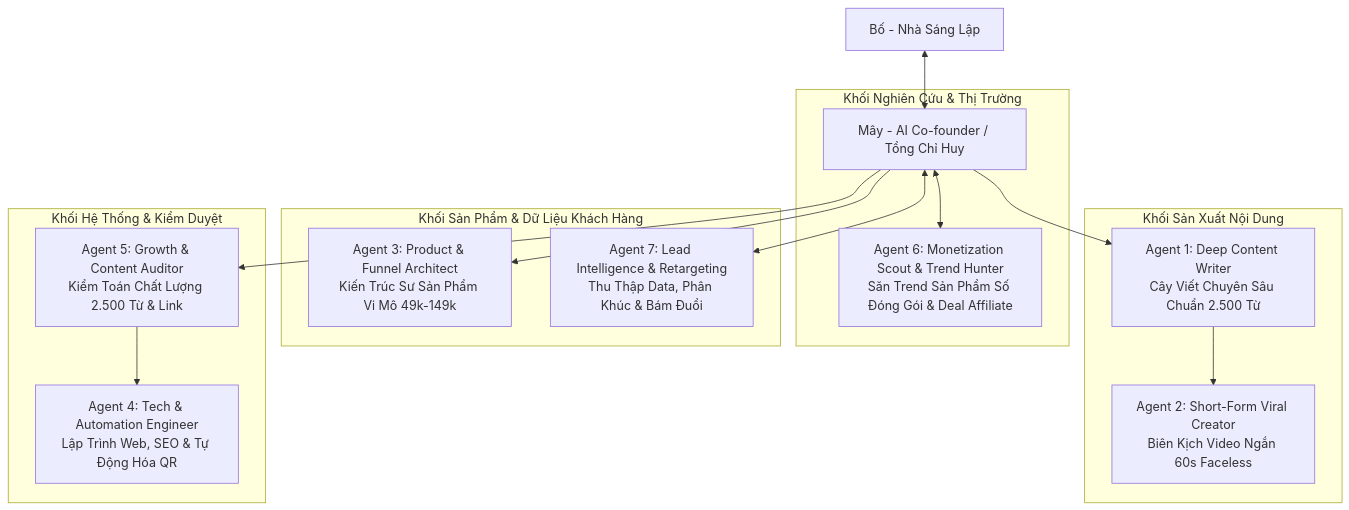
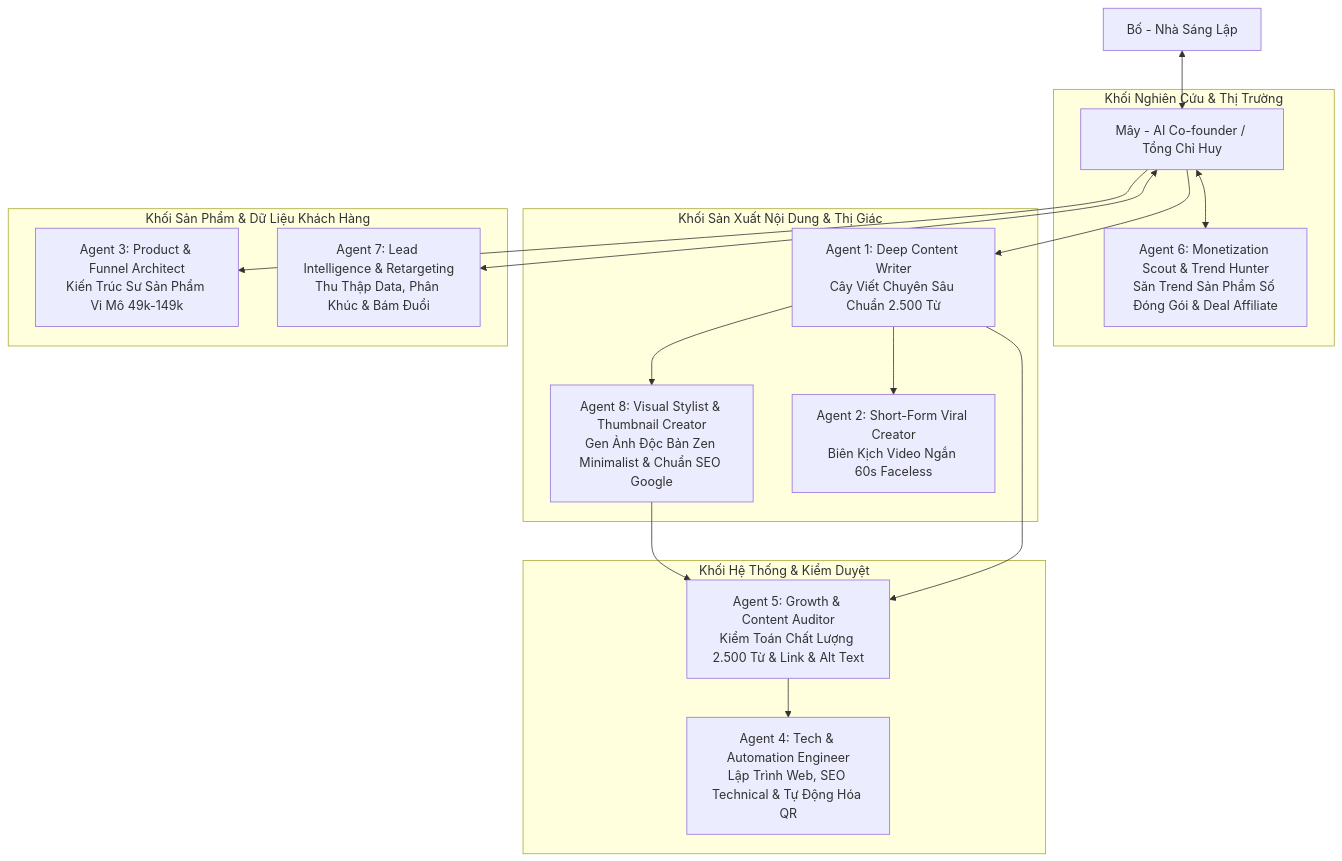
One commit to longphi11/traicainghien-1 changed the third of 3 diagrams in AGENTS.md. Above: the diagram before and after it, drawn with Mermaid. The commit also changed other lines of this file and 2 other files, not shown here.

Commit message:
feat(agent): add Agent 8 Visual Stylist and AI Thumbnail SEO Creator

````diff
--- a/AGENTS.md
+++ b/AGENTS.md
@@ -375,23 +375,24 @@
 ```mermaid
 flowchart TD
     BO[Bố - Nhà Sáng Lập] <--> MAY[Mây - AI Co-founder / Tổng Chỉ Huy]
 
     subgraph BLOCK1 [Khối Nghiên Cứu & Thị Trường]
         MAY <--> A6[Agent 6: Monetization Scout & Trend Hunter<br>Săn Trend Sản Phẩm Số Đóng Gói & Deal Affiliate]
     end
 
-    subgraph BLOCK2 [Khối Sản Xuất Nội Dung]
+    subgraph BLOCK2 [Khối Sản Xuất Nội Dung & Thị Giác]
         MAY --> A1[Agent 1: Deep Content Writer<br>Cây Viết Chuyên Sâu Chuẩn 2.500 Từ]
+        A1 --> A8[Agent 8: Visual Stylist & Thumbnail Creator<br>Gen Ảnh Độc Bản Zen Minimalist & Chuẩn SEO Google]
         A1 --> A2[Agent 2: Short-Form Viral Creator<br>Biên Kịch Video Ngắn 60s Faceless]
     end
 
     subgraph BLOCK3 [Khối Sản Phẩm & Dữ Liệu Khách Hàng]
         MAY --> A3[Agent 3: Product & Funnel Architect<br>Kiến Trúc Sư Sản Phẩm Vi Mô 49k-149k]
         MAY <--> A7[Agent 7: Lead Intelligence & Retargeting<br>Thu Thập Data, Phân Khúc & Bám Đuổi]
     end
 
     subgraph BLOCK4 [Khối Hệ Thống & Kiểm Duyệt]
-        MAY --> A5[Agent 5: Growth & Content Auditor<br>Kiểm Toán Chất Lượng 2.500 Từ & Link]
-        A5 --> A4[Agent 4: Tech & Automation Engineer<br>Lập Trình Web, SEO & Tự Động Hóa QR]
+        A8 & A1 --> A5[Agent 5: Growth & Content Auditor<br>Kiểm Toán Chất Lượng 2.500 Từ & Link & Alt Text]
+        A5 --> A4[Agent 4: Tech & Automation Engineer<br>Lập Trình Web, SEO Technical & Tự Động Hóa QR]
     end
 ```
````
